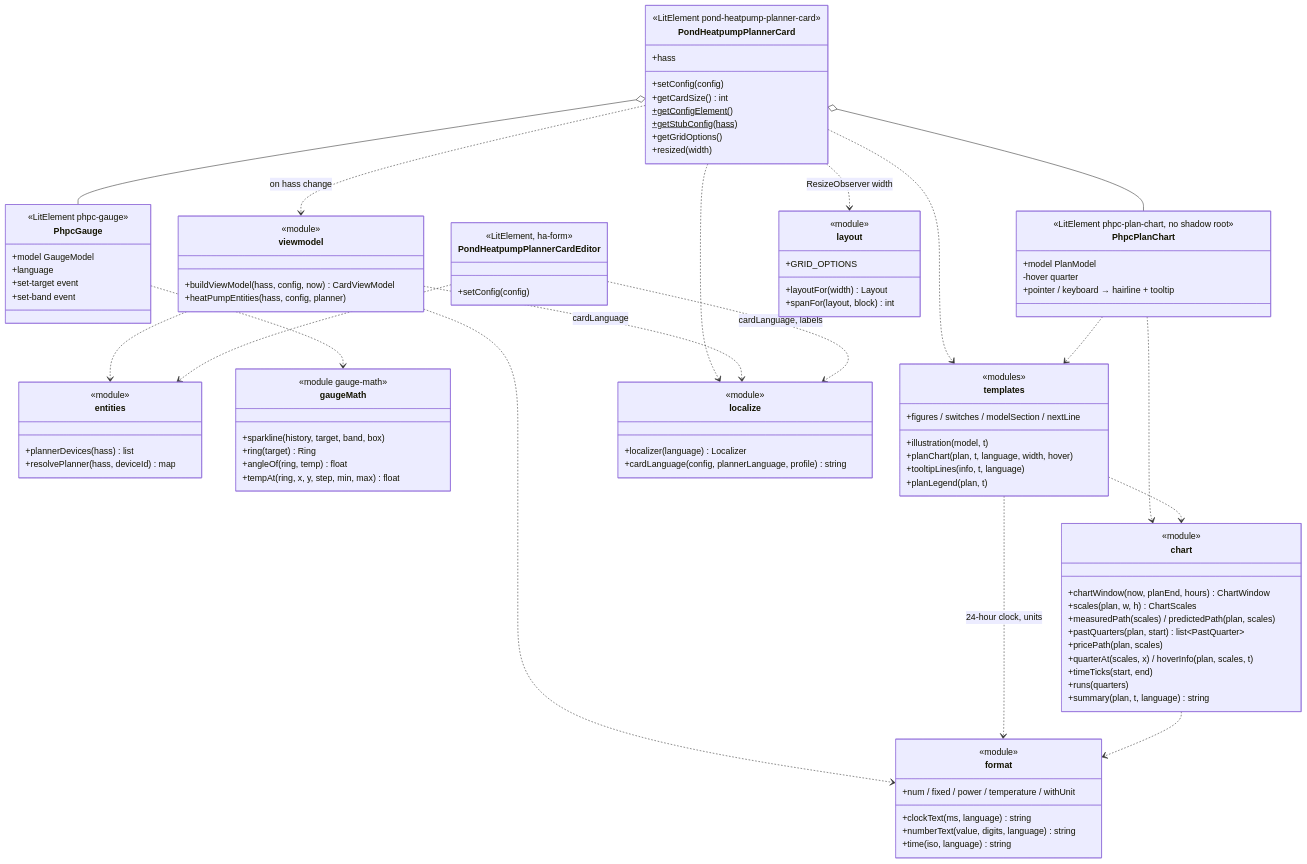
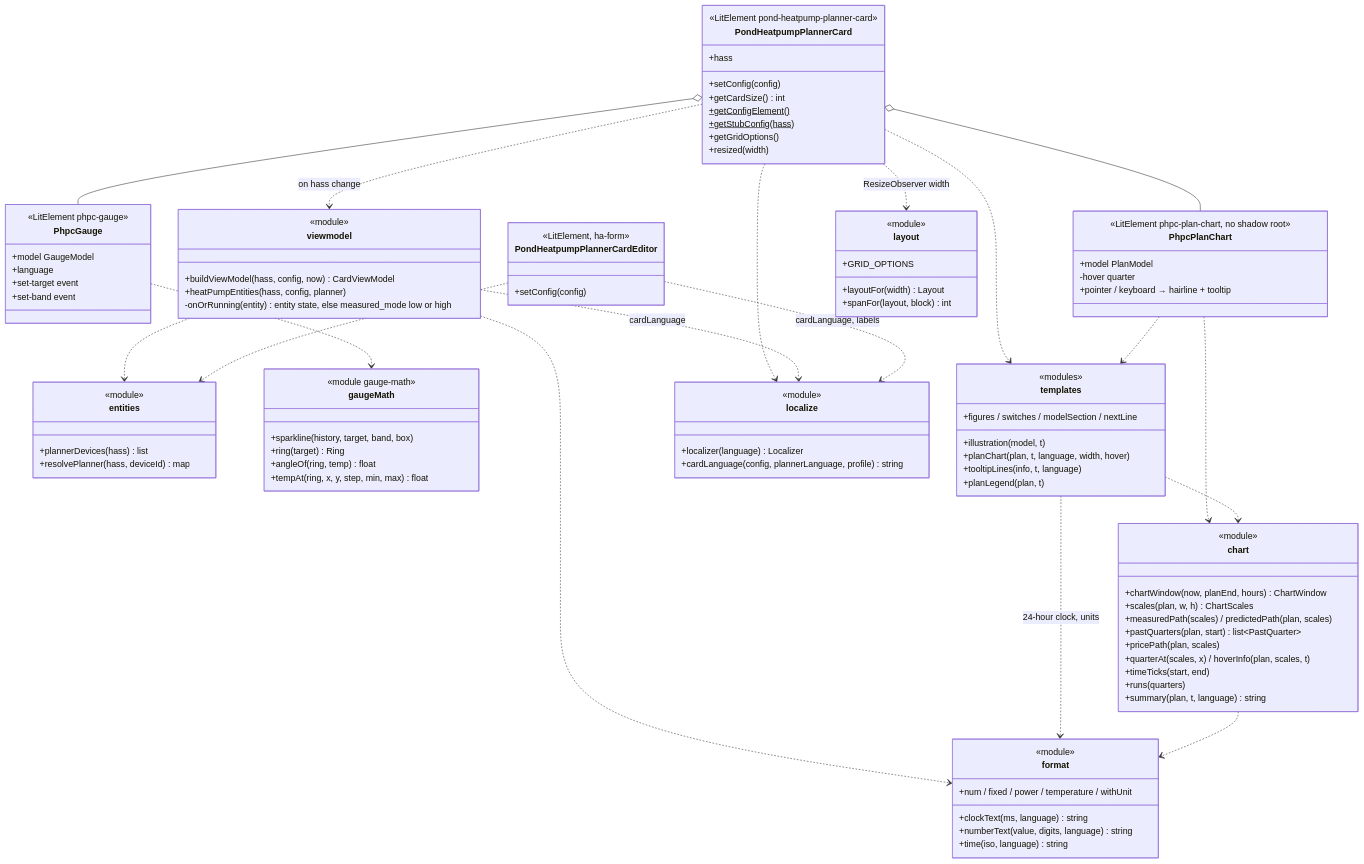
Diagram 21 of 25 in docs/architecture.md (abroeders/pond-heatpump-price-planner), drawn with Mermaid before and after one commit. The commit also changed 2 other files, not shown here.

Commit message:
docs: derived running state of the card drawing (#36)

```diff
--- a/docs/architecture.md
+++ b/docs/architecture.md
@@ -866,6 +866,7 @@
         <<module>>
         +buildViewModel(hass, config, now) CardViewModel
         +heatPumpEntities(hass, config, planner)
+        -onOrRunning(entity) entity state, else measured_mode low or high
     }
     class entities {
         <<module>>
```
